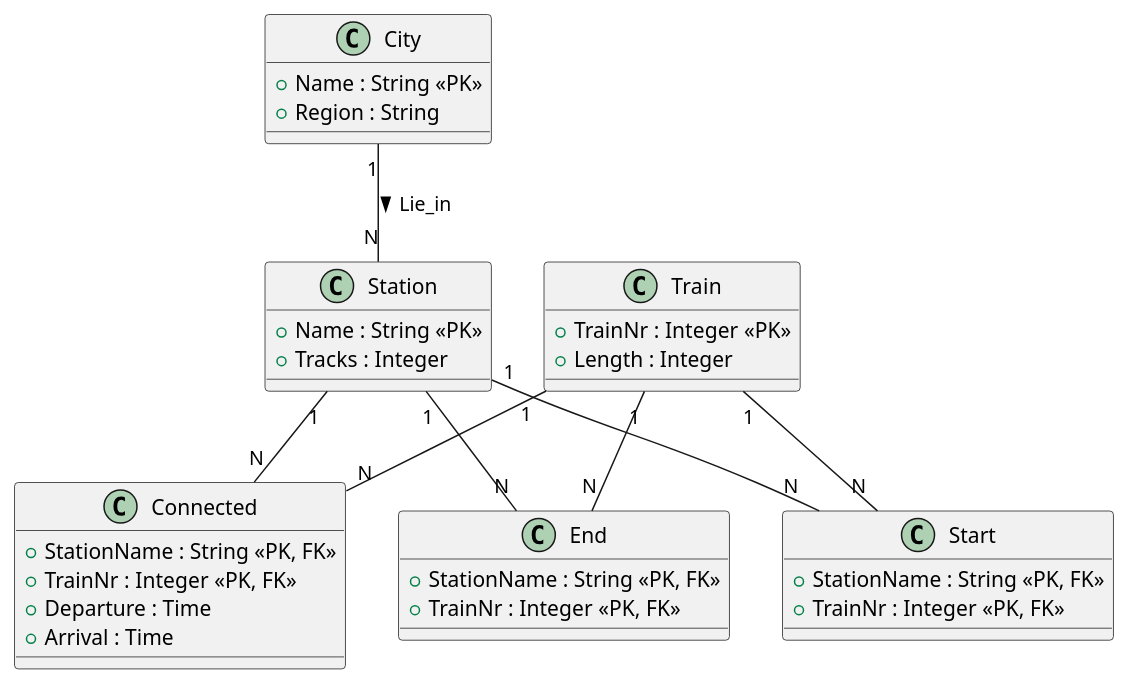
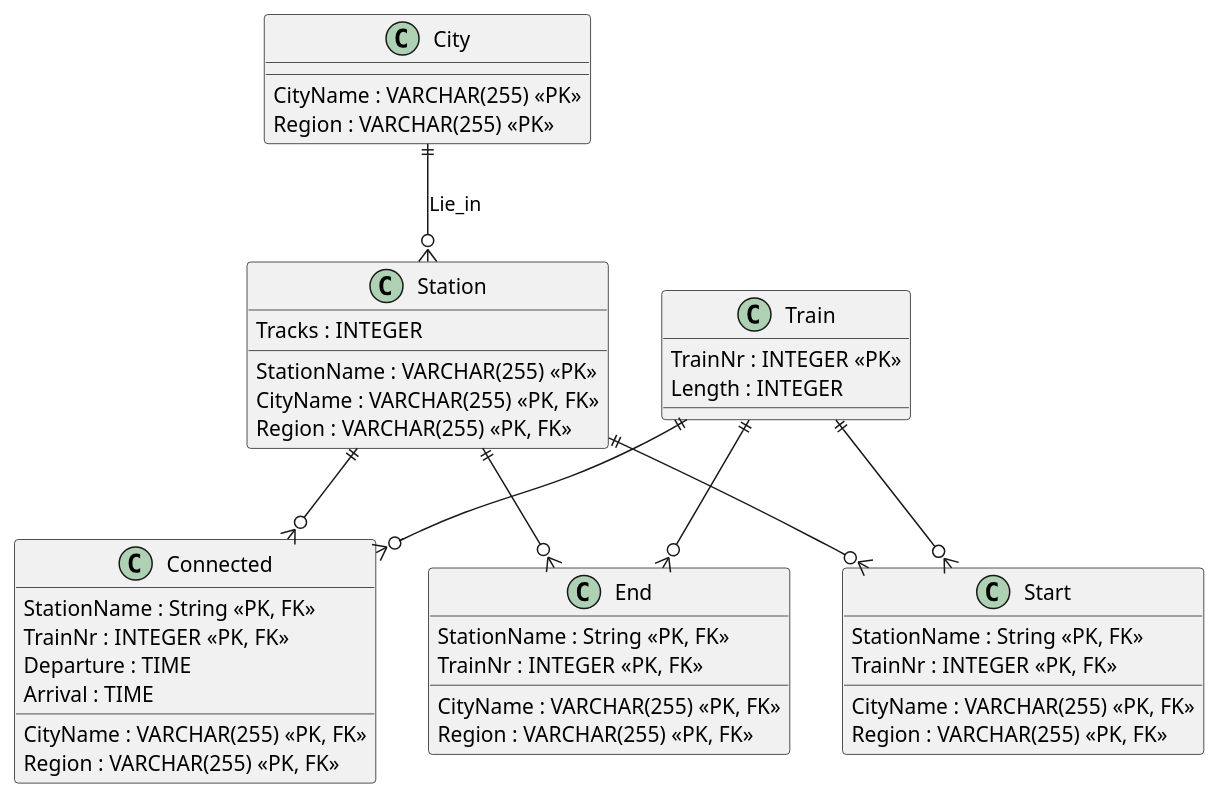
One commit to aspisov/Courses changed the diagram in hse_databases/hw3/2.plantuml. Above: the diagram before and after it, drawn with PlantUML. The commit also changed 8 other files, not shown here.

```diff
--- a/hse_databases/hw3/2.plantuml
+++ b/hse_databases/hw3/2.plantuml
@@ -1,46 +1,54 @@
 @startuml Railway System
 
 ' Entities
 class Station {
-  +Name : String <<PK>>
-  +Tracks : Integer
+  StationName : VARCHAR(255) <<PK>>
+  Tracks : INTEGER
+  CityName : VARCHAR(255) <<PK, FK>>
+  Region : VARCHAR(255) <<PK, FK>>
 }
 
 class City {
-  +Name : String <<PK>>
-  +Region : String
+  CityName : VARCHAR(255) <<PK>>
+  Region : VARCHAR(255) <<PK>>
 }
 
 class Train {
-  +TrainNr : Integer <<PK>>
-  +Length : Integer
+  TrainNr : INTEGER <<PK>>
+  Length : INTEGER
 }
 
 ' Relationships
 class Connected {
-  +StationName : String <<PK, FK>>
-  +TrainNr : Integer <<PK, FK>>
-  +Departure : Time
-  +Arrival : Time
+  StationName : String <<PK, FK>>
+  CityName : VARCHAR(255) <<PK, FK>>
+  Region : VARCHAR(255) <<PK, FK>>
+  TrainNr : INTEGER <<PK, FK>>
+  Departure : TIME
+  Arrival : TIME
 }
 
 class Start {
-  +StationName : String <<PK, FK>>
-  +TrainNr : Integer <<PK, FK>>
+  StationName : String <<PK, FK>>
+  CityName : VARCHAR(255) <<PK, FK>>
+  Region : VARCHAR(255) <<PK, FK>>
+  TrainNr : INTEGER <<PK, FK>>
 }
 
 class End {
-  +StationName : String <<PK, FK>>
-  +TrainNr : Integer <<PK, FK>>
+  StationName : String <<PK, FK>>
+  CityName : VARCHAR(255) <<PK, FK>>
+  Region : VARCHAR(255) <<PK, FK>>
+  TrainNr : INTEGER <<PK, FK>>
 }
 
 ' Relationships
-City "1" -- "N" Station : Lie_in >
-Station "1" -- "N" Connected
-Station "1" -- "N" Start
-Station "1" -- "N" End
-Train "1" -- "N" Connected
-Train "1" -- "N" Start
-Train "1" -- "N" End
+City ||--o{ Station : Lie_in
+Station ||--o{ Connected
+Station ||--o{ Start
+Station ||--o{ End
+Train ||--o{ Connected
+Train ||--o{ Start
+Train ||--o{ End
 
 @enduml
```
